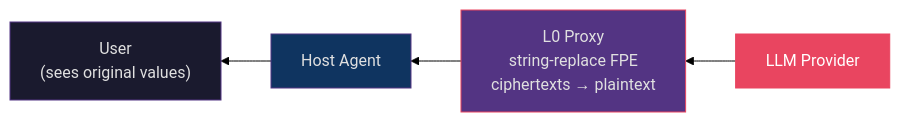
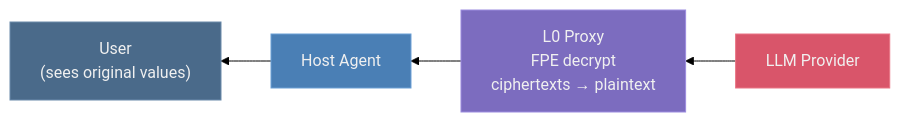
The seventh of 15 diagrams in ARCHITECTURE.md (OpenObscure/OpenObscure), drawn with Mermaid (forest theme) before and after one commit. The commit also changed other lines of this file and 7 other files, not shown here.

First line of the commit message:
Improve diagrams, screenshot, and repo hygiene

````diff
--- a/ARCHITECTURE.md
+++ b/ARCHITECTURE.md
@@ -338,11 +338,11 @@
 ```mermaid
 flowchart RL
-    llm["LLM Provider"] --> proxy["L0 Proxy\nstring-replace FPE\nciphertexts → plaintext"]
+    llm["LLM Provider"] --> proxy["L0 Proxy<br>FPE decrypt<br>ciphertexts → plaintext"]
     proxy --> agent["Host Agent"]
-    agent --> user["User\n(sees original values)"]
+    agent --> user["User<br>(sees original values)"]
 
-    style llm fill:#e94560,stroke:#e94560,color:#fff
-    style proxy fill:#533483,stroke:#e94560,color:#e0e0e0
-    style agent fill:#0f3460,stroke:#533483,color:#e0e0e0
-    style user fill:#1a1a2e,stroke:#533483,color:#e0e0e0
+    style llm fill:#d9556a,stroke:#e97585,color:#f0f0f0
+    style proxy fill:#7c6cbf,stroke:#9c8cdf,color:#f0f0f0
+    style agent fill:#4a7fb5,stroke:#6a9fd5,color:#f0f0f0
+    style user fill:#4a6a8a,stroke:#6a8aaa,color:#f0f0f0
 ```
````
